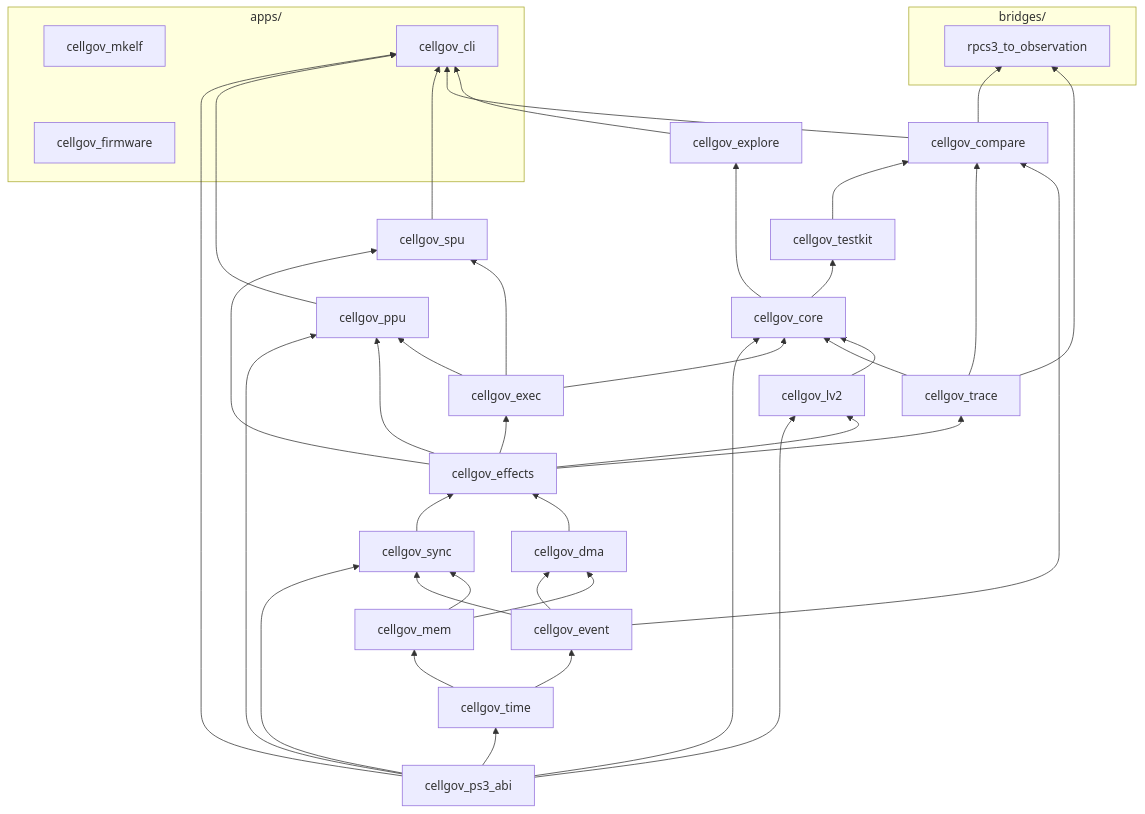
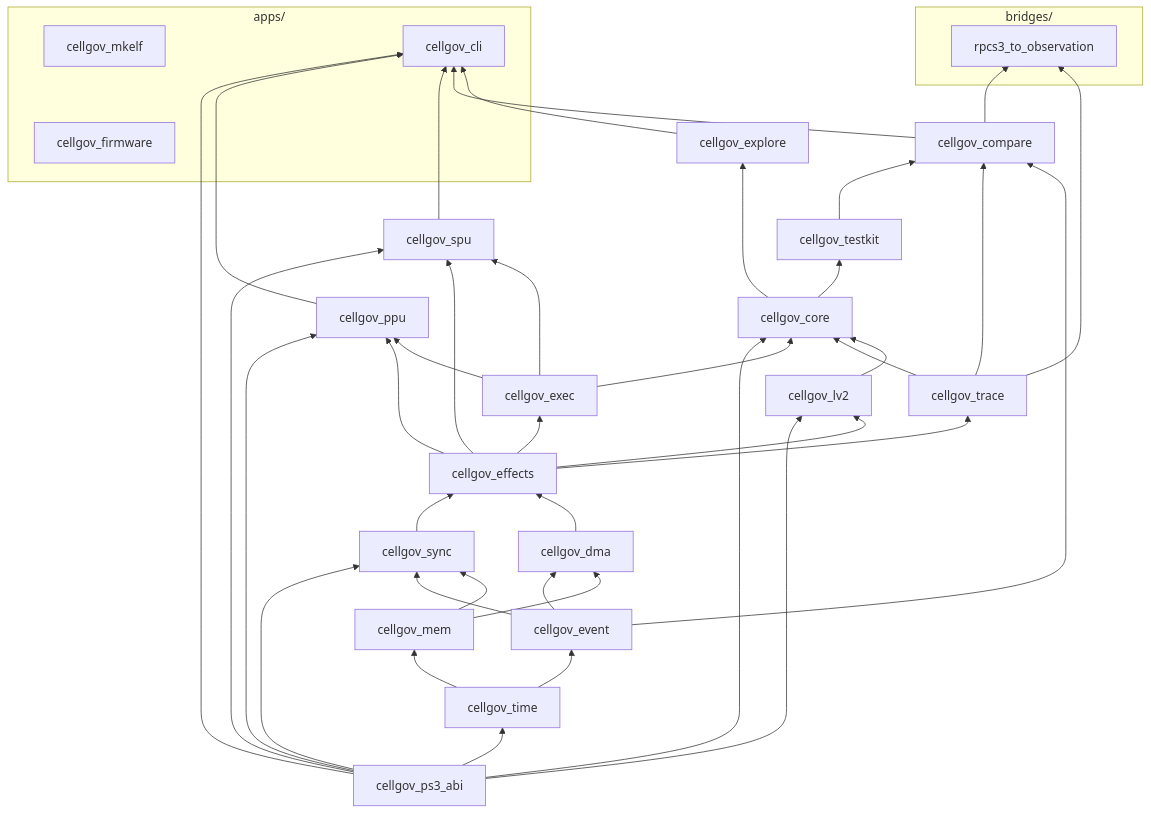
One commit to RoyalAce22/CellGov changed the diagram in docs/architecture.md. Above: the diagram before and after it, drawn with Mermaid. The commit also changed other lines of this file and 32 other files, not shown here.

````diff
--- a/docs/architecture.md
+++ b/docs/architecture.md
@@ -26,76 +26,77 @@
 ```mermaid
 graph BT
   subgraph apps ["apps/"]
     firmware["cellgov_firmware"]
     mkelf["cellgov_mkelf"]
     cli["cellgov_cli"]
   end
 
   subgraph bridges ["bridges/"]
     rpcs3obs["rpcs3_to_observation"]
   end
 
   ps3_abi[cellgov_ps3_abi]
   time[cellgov_time]
   event[cellgov_event]
   mem[cellgov_mem]
   sync[cellgov_sync]
   dma[cellgov_dma]
   effects[cellgov_effects]
   exec[cellgov_exec]
   trace[cellgov_trace]
   lv2[cellgov_lv2]
   core[cellgov_core]
   ppu[cellgov_ppu]
   spu[cellgov_spu]
   testkit[cellgov_testkit]
   explore[cellgov_explore]
   compare[cellgov_compare]
 
   ps3_abi --> time
   ps3_abi --> sync
   ps3_abi --> lv2
   ps3_abi --> ppu
+  ps3_abi --> spu
   ps3_abi --> core
   ps3_abi --> cli
 
   time --> event
   time --> mem
 
   event --> sync
   event --> dma
   mem --> sync
   mem --> dma
 
   sync --> effects
   dma --> effects
 
   effects --> exec
   effects --> trace
   effects --> lv2
   effects --> ppu
   effects --> spu
 
   exec --> core
   exec --> ppu
   exec --> spu
   trace --> core
   lv2 --> core
 
   core --> testkit
   core --> explore
 
   testkit --> compare
   trace --> compare
   event --> compare
 
   ppu --> cli
   spu --> cli
   compare --> cli
   explore --> cli
   compare --> rpcs3obs
   trace --> rpcs3obs
 
   ppu ~~~ spu
   firmware ~~~ mkelf
 ```
````
